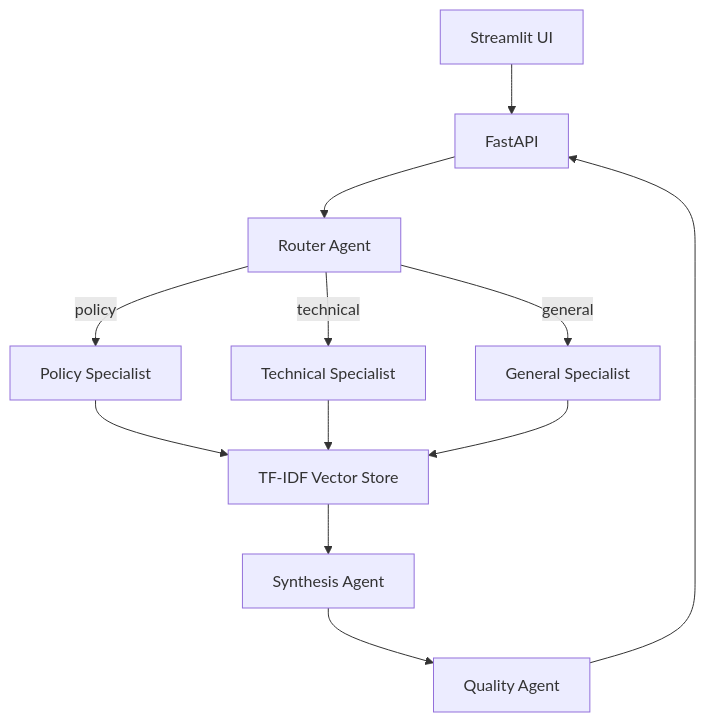
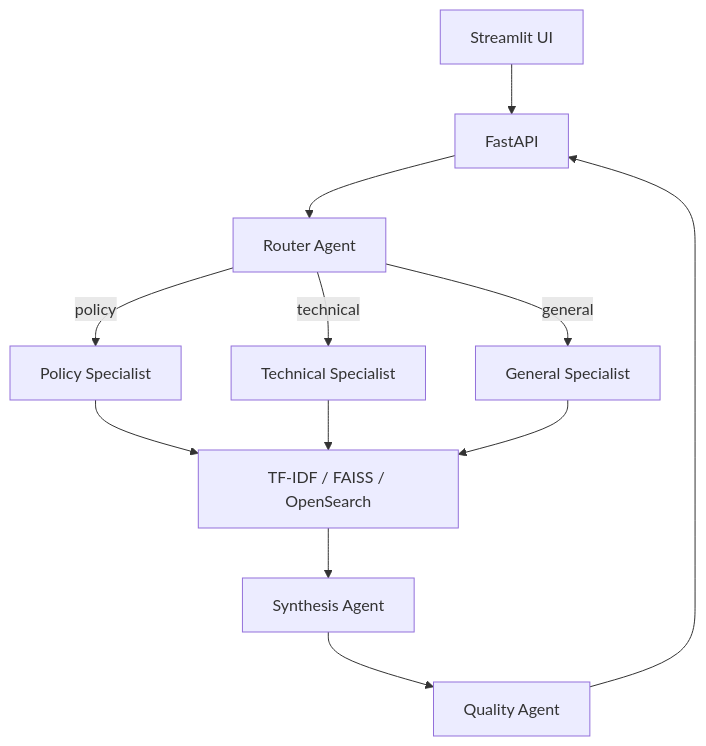
Before and after one commit to lipsapriyadarsinee101-oss/enterprise-genai-agent-hub: the diagram in README.md, drawn with Mermaid. The commit also changed other lines of this file and 20 other files, not shown here.

````diff
--- a/README.md
+++ b/README.md
@@ -18,14 +18,14 @@
 ```mermaid
 flowchart TD
     UI[Streamlit UI] --> API[FastAPI]
     API --> R[Router Agent]
     R -->|policy| P[Policy Specialist]
     R -->|technical| T[Technical Specialist]
     R -->|general| G[General Specialist]
-    P --> V[TF-IDF Vector Store]
+    P --> V[TF-IDF / FAISS / OpenSearch]
     T --> V
     G --> V
     V --> S[Synthesis Agent]
     S --> Q[Quality Agent]
     Q --> API
 ```
````
